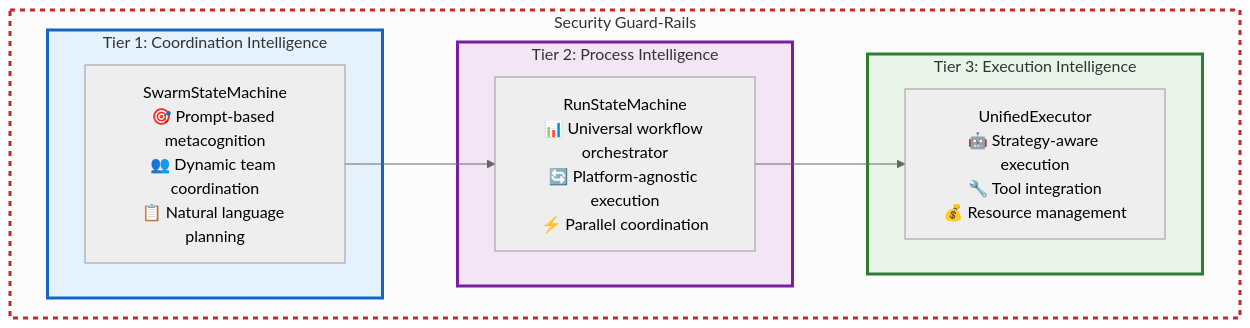
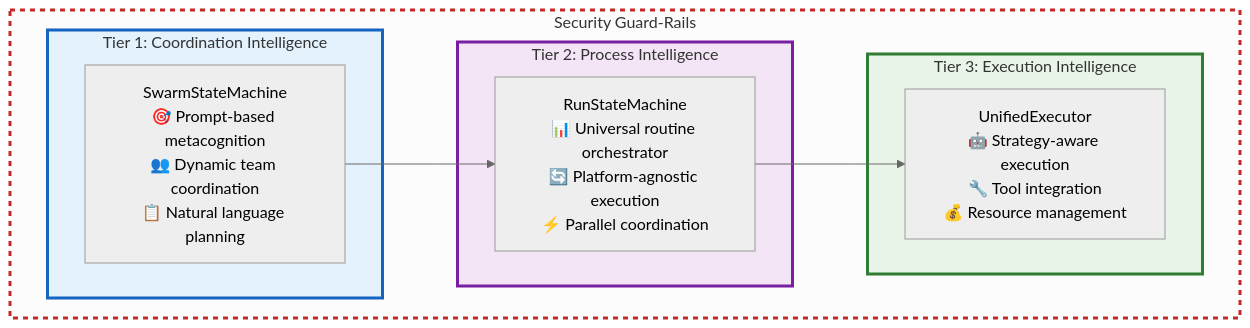
The tenth of 50 diagrams in docs/ai-execution-architecture.md (Vrooli/Vrooli), drawn with Mermaid (neutral theme) before and after one commit. The commit also changed other lines of this file, not shown here.

Commit message:
Execution architecture p12

````diff
--- a/docs/ai-execution-architecture.md
+++ b/docs/ai-execution-architecture.md
@@ -366,19 +366,19 @@
 ```mermaid
 graph TD
     subgraph SecurityBoundary ["Security Guard-Rails"]
         subgraph Tier1 [Tier 1: Coordination Intelligence]
             T1[SwarmStateMachine<br/>🎯 Prompt-based metacognition<br/>👥 Dynamic team coordination<br/>📋 Natural language planning]
         end
         subgraph Tier2 [Tier 2: Process Intelligence]
-            T2[RunStateMachine<br/>📊 Universal workflow orchestrator<br/>🔄 Platform-agnostic execution<br/>⚡ Parallel coordination]
+            T2[RunStateMachine<br/>📊 Universal routine orchestrator<br/>🔄 Platform-agnostic execution<br/>⚡ Parallel coordination]
         end
         subgraph Tier3 [Tier 3: Execution Intelligence]
             T3[UnifiedExecutor<br/>🤖 Strategy-aware execution<br/>🔧 Tool integration<br/>💰 Resource management]
         end
         T1 --> T2 --> T3
     end
     style SecurityBoundary stroke:#c62828,stroke-width:3px,stroke-dasharray:5 5
     style Tier1 fill:#e3f2fd,stroke:#1565c0,stroke-width:3px
     style Tier2 fill:#f3e5f5,stroke:#7b1fa2,stroke-width:3px
     style Tier3 fill:#e8f5e8,stroke:#2e7d32,stroke-width:3px
 ```
````
